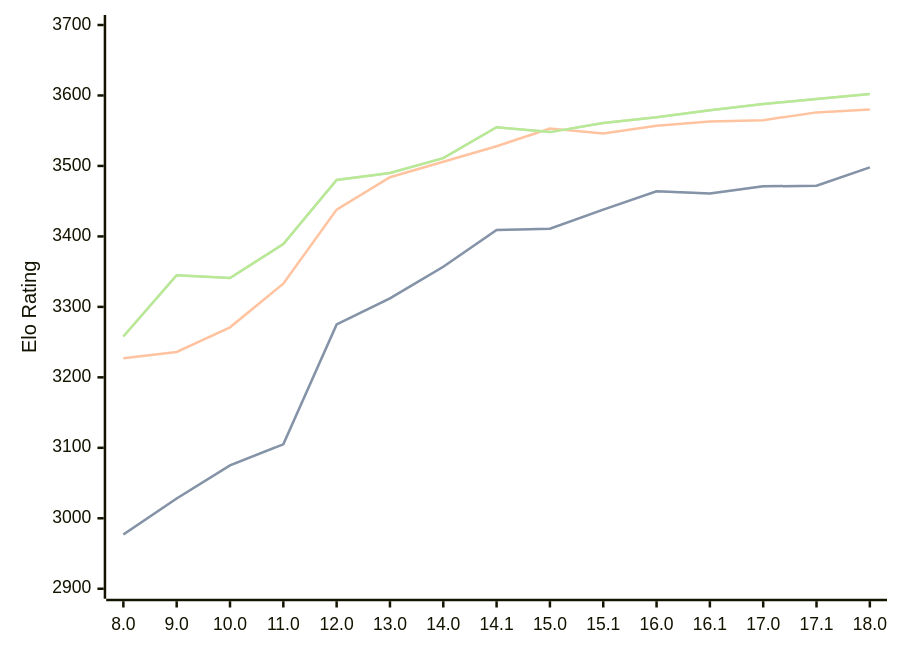
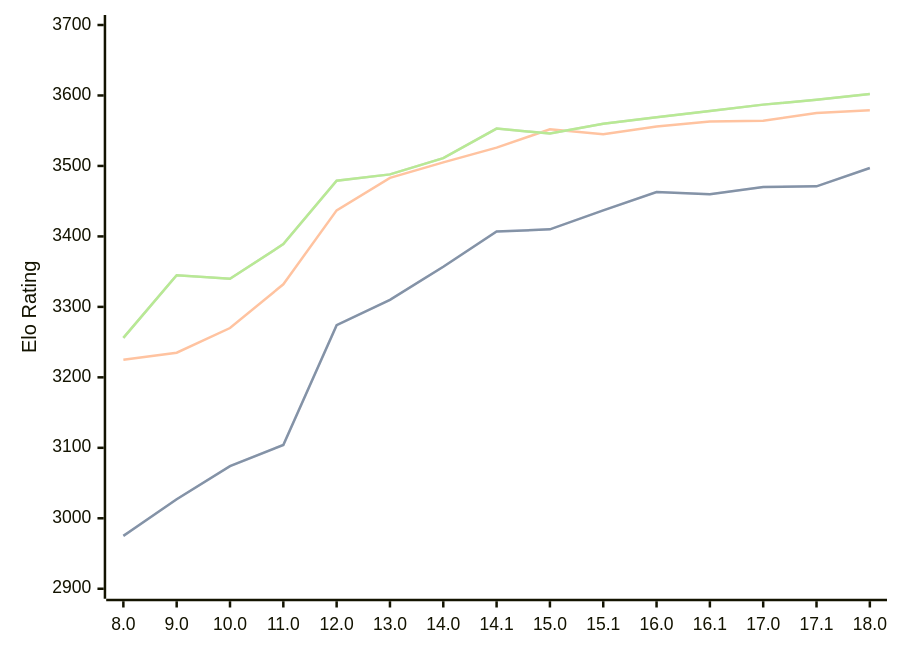
The diagram in engines/Stockfish.md (computer-chess-index/cci), drawn with Mermaid before and after one commit. The commit also changed other lines of this file, not shown here.

Commit message:
Update CCI Ratings (ELO VLTC) - 2026-08-04

````diff
--- a/engines/Stockfish.md
+++ b/engines/Stockfish.md
@@ -46,11 +46,11 @@
 ```mermaid
 %%{init: {"theme":"base","themeVariables":{"seriesColors:['#a3a3a3','#222221','#faa371']}}}%%
 xychart-beta
   x-axis ["8.0", "9.0", "10.0", "11.0", "12.0", "13.0", "14.0", "14.1", "15.0", "15.1", "16.0", "16.1", "17.0", "17.1", "18.0"]
   y-axis "Elo Rating" 2900 --> 3700
-  line "STC (8.0+0.08s)" [2977, 3028, 3075, 3105, 3275, 3312, 3357, 3409, 3411, 3438, 3464, 3461, 3471, 3472, 3498]
-  line "STC (8.0+0.08s)" [2977, 3028, 3075, 3105, 3275, 3312, 3357, 3409, 3411, 3438, 3464, 3461, 3471, 3472, 3498]
-  line "LTC (60.0+0.60s)" [3227, 3236, 3271, 3333, 3438, 3484, 3506, 3528, 3553, 3546, 3557, 3563, 3565, 3576, 3580]
-  line "VLTC (2m24s+1.12s)" [3258, 3345, 3341, 3389, 3480, 3490, 3511, 3555, 3548, 3561, 3569, 3579, 3588, 3595, 3602]
-  line "VLTC (2m24s+1.12s)" [3258, 3345, 3341, 3389, 3480, 3490, 3511, 3555, 3548, 3561, 3569, 3579, 3588, 3595, 3602]
+  line "STC (8.0+0.08s)" [2975, 3027, 3074, 3104, 3274, 3310, 3357, 3407, 3410, 3437, 3463, 3460, 3470, 3471, 3497]
+  line "STC (8.0+0.08s)" [2975, 3027, 3074, 3104, 3274, 3310, 3357, 3407, 3410, 3437, 3463, 3460, 3470, 3471, 3497]
+  line "LTC (60.0+0.60s)" [3225, 3235, 3270, 3332, 3437, 3483, 3505, 3526, 3552, 3545, 3556, 3563, 3564, 3575, 3579]
+  line "VLTC (2m24s+1.12s)" [3256, 3345, 3340, 3389, 3479, 3488, 3511, 3553, 3546, 3560, 3569, 3578, 3587, 3594, 3602]
+  line "VLTC (2m24s+1.12s)" [3256, 3345, 3340, 3389, 3479, 3488, 3511, 3553, 3546, 3560, 3569, 3578, 3587, 3594, 3602]
 ```
````
